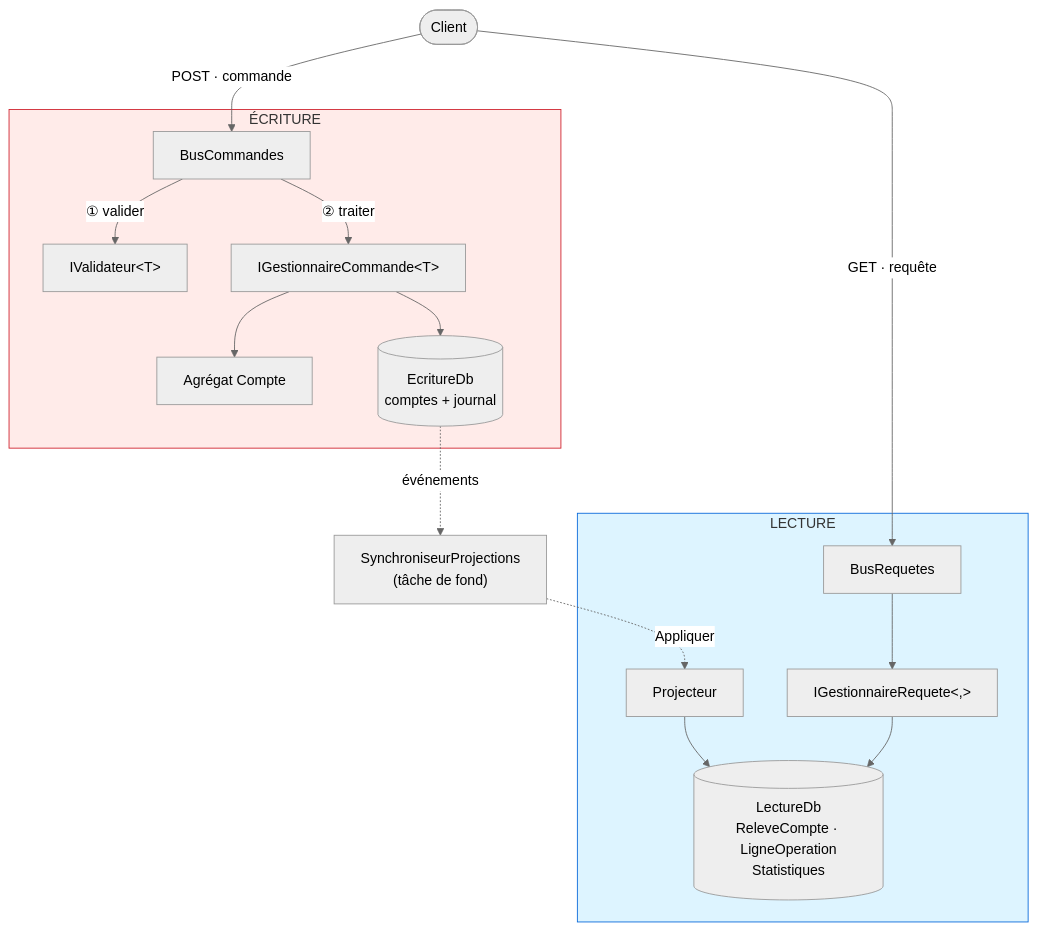
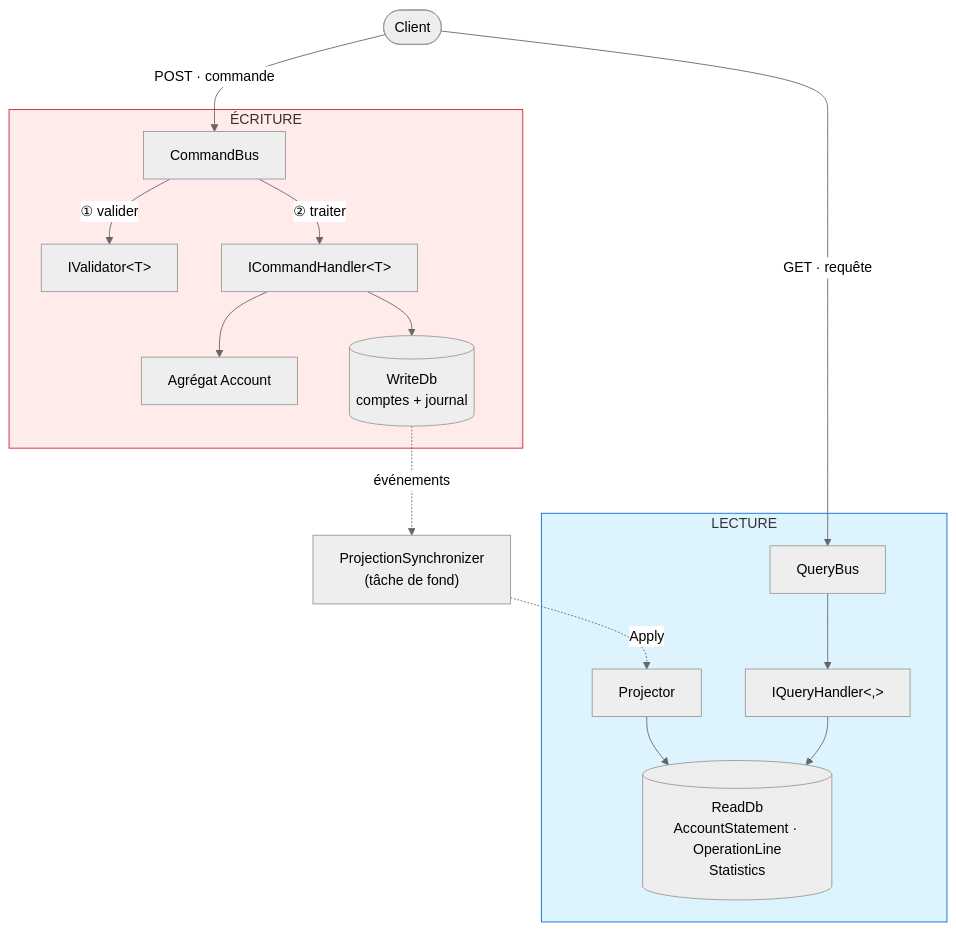
One commit to drangoht/ArchitecturesDemo changed the first of 2 diagrams in Docs/09-cqrs.md. Above: the diagram before and after it, drawn with Mermaid (neutral theme). The commit also changed other lines of this file and 70 other files, not shown here.

Commit message:
Docs FR : identifiants, liens, diagrammes et sorties alignés sur le code anglais

````diff
--- a/Docs/09-cqrs.md
+++ b/Docs/09-cqrs.md
@@ -22,28 +22,28 @@
 ```mermaid
 flowchart TB
     Client(["Client"])
 
     subgraph Ecriture["ÉCRITURE"]
-        BC["BusCommandes"] -->|"① valider"| Val["IValidateur&lt;T&gt;"]
-        BC -->|"② traiter"| G["IGestionnaireCommande&lt;T&gt;"]
-        G --> A["Agrégat Compte"]
-        G --> DBE[("EcritureDb<br/>comptes + journal")]
+        BC["CommandBus"] -->|"① valider"| Val["IValidator&lt;T&gt;"]
+        BC -->|"② traiter"| G["ICommandHandler&lt;T&gt;"]
+        G --> A["Agrégat Account"]
+        G --> DBE[("WriteDb<br/>comptes + journal")]
     end
 
-    S["SynchroniseurProjections<br/>(tâche de fond)"]
+    S["ProjectionSynchronizer<br/>(tâche de fond)"]
 
     subgraph Lecture["LECTURE"]
-        Pr["Projecteur"] --> DBL[("LectureDb<br/>ReleveCompte · LigneOperation<br/>Statistiques")]
-        BR["BusRequetes"] --> Q["IGestionnaireRequete&lt;,&gt;"] --> DBL
+        Pr["Projector"] --> DBL[("ReadDb<br/>AccountStatement · OperationLine<br/>Statistics")]
+        BR["QueryBus"] --> Q["IQueryHandler&lt;,&gt;"] --> DBL
     end
 
     Client -->|"POST · commande"| BC
     Client -->|"GET · requête"| BR
     DBE -.->|"événements"| S
-    S -.->|"Appliquer"| Pr
+    S -.->|"Apply"| Pr
 
     classDef ecriture fill:#ffebe9,stroke:#cf222e
     classDef lecture fill:#ddf4ff,stroke:#0969da
     class Ecriture ecriture
     class Lecture lecture
 ```
````
